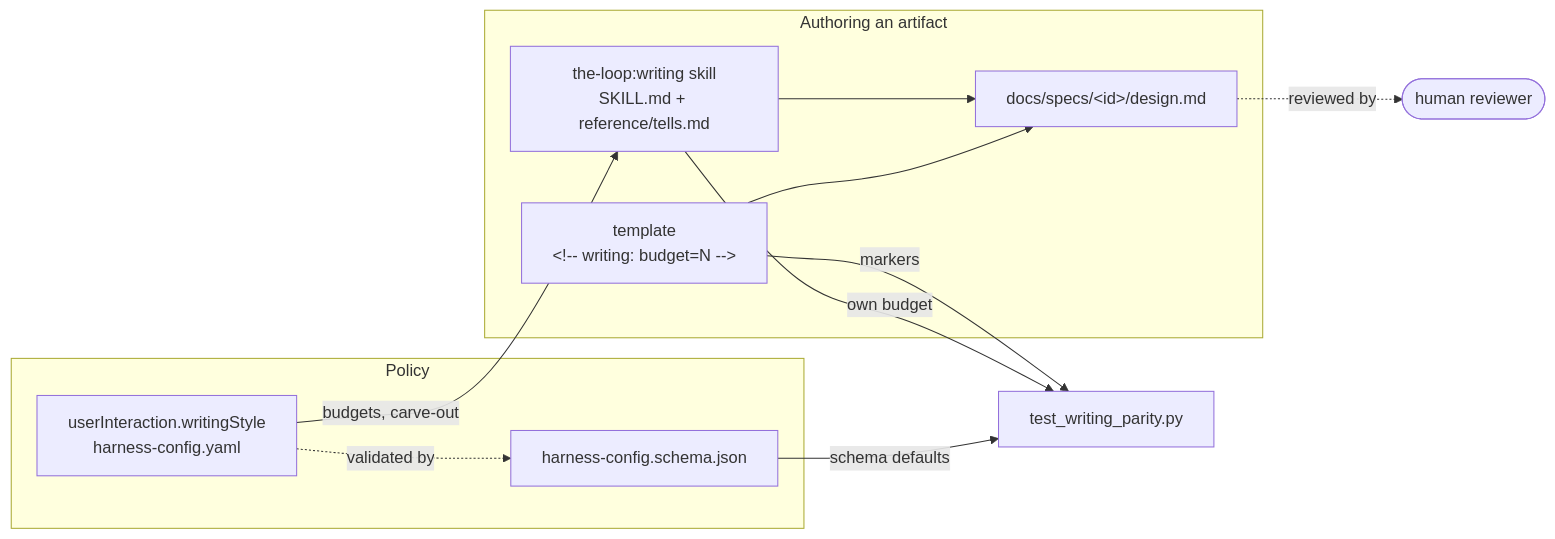
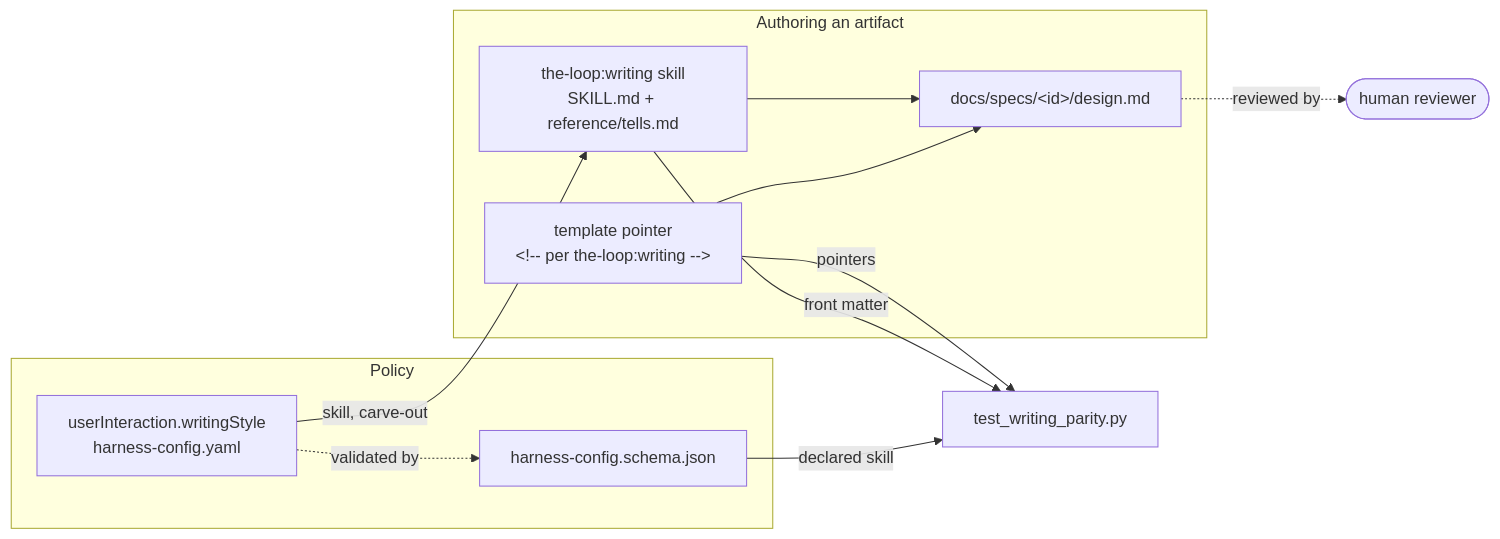
The diagram in docs/specs/issue-165/design.md (MadaraUchiha-314/the-loop), drawn with Mermaid before and after one commit. The commit also changed other lines of this file and 31 other files, not shown here.

````diff
--- a/docs/specs/issue-165/design.md
+++ b/docs/specs/issue-165/design.md
@@ -21,20 +25,20 @@
 ```mermaid
 flowchart LR
   subgraph authoring["Authoring an artifact"]
     S["the-loop:writing skill<br/>SKILL.md + reference/tells.md"]
-    T["template<br/>&lt;!-- writing: budget=N --&gt;"]
+    T["template pointer<br/>&lt;!-- per the-loop:writing --&gt;"]
     A["docs/specs/&lt;id&gt;/design.md"]
     S --> A
     T --> A
   end
   subgraph policy["Policy"]
     C["userInteraction.writingStyle<br/>harness-config.yaml"]
     H["harness-config.schema.json"]
     C -.validated by.-> H
   end
-  C -->|budgets, carve-out| S
-  H -->|schema defaults| P
-  T -->|markers| P["test_writing_parity.py"]
-  S -->|own budget| P
+  C -->|skill, carve-out| S
+  H -->|declared skill| P
+  T -->|pointers| P["test_writing_parity.py"]
+  S -->|front matter| P
   A -.reviewed by.-> R([human reviewer])
 ```
````
